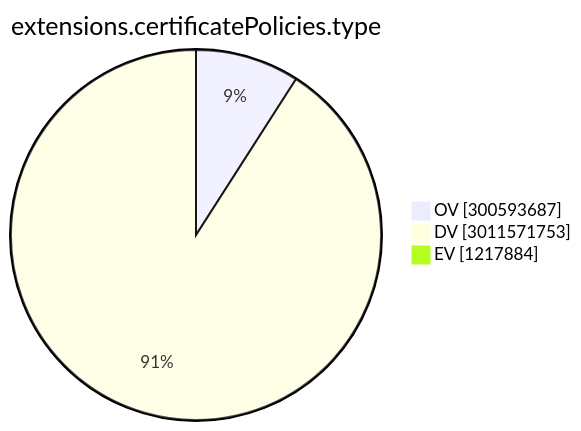
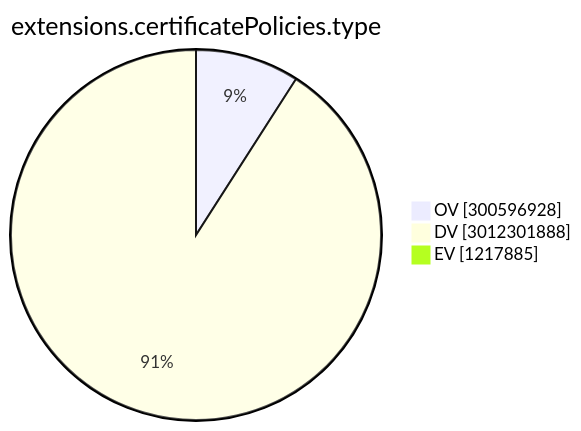
Before and after one commit to christiankrug/ctmonitor_visualization: the ninth of 15 diagrams in TOTAL/README.md, drawn with Mermaid. The commit also changed other lines of this file, not shown here.

````diff
--- a/TOTAL/README.md
+++ b/TOTAL/README.md
@@ -3102,7 +3102,7 @@
 ```mermaid
 pie showData
 title extensions.certificatePolicies.type
-"OV" :300593687
-"DV" :3011571753
-"EV" :1217884
+"OV" :300596928
+"DV" :3012301888
+"EV" :1217885
 ```
````
